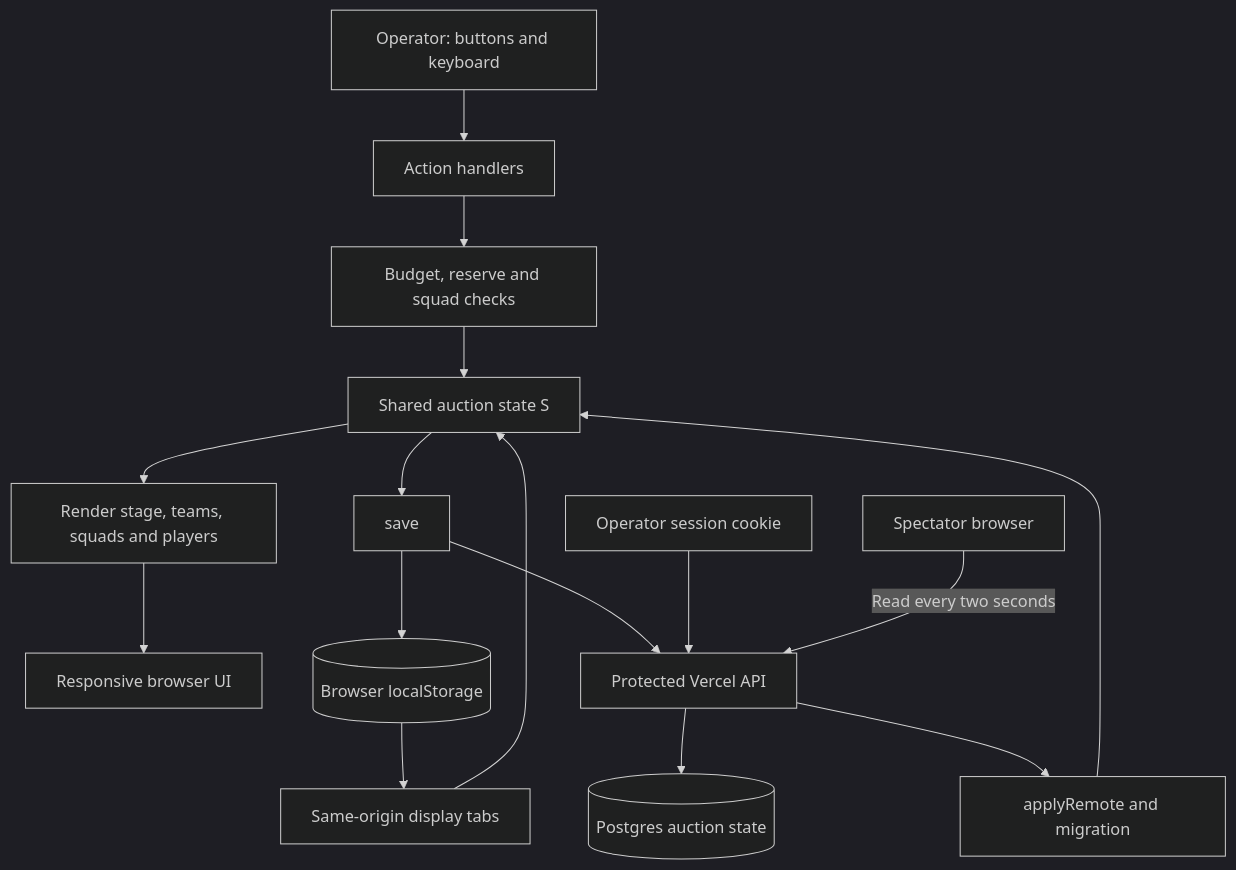
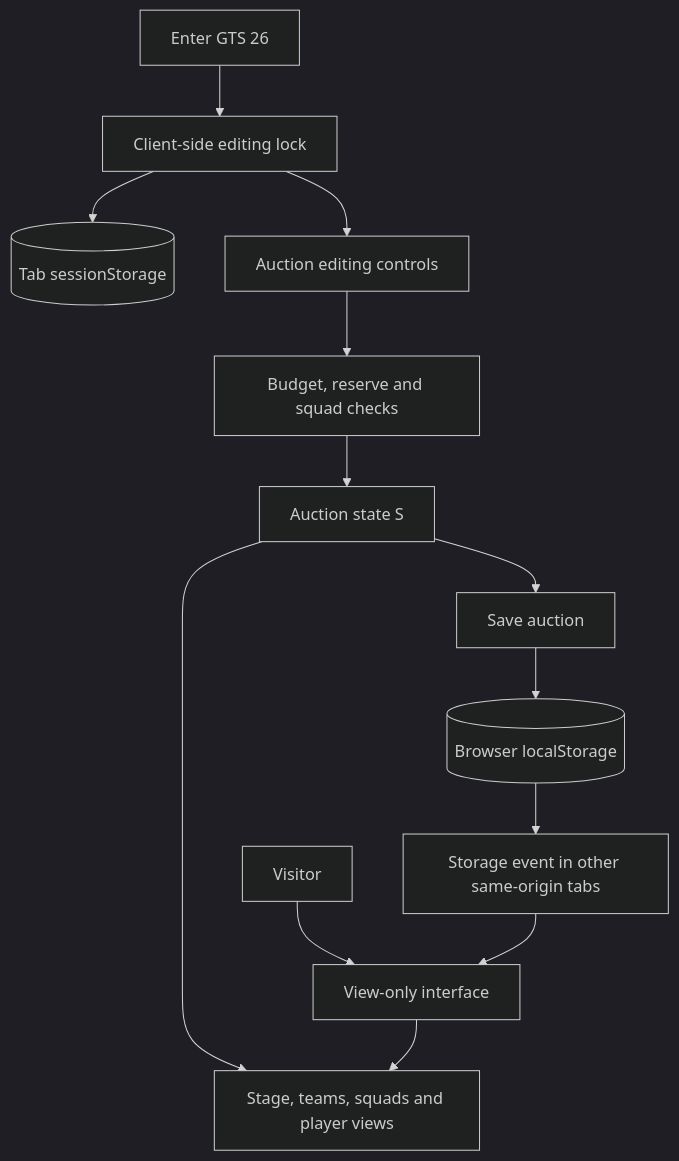
The first of 2 diagrams in README.md (pavangiri1599-dot/GTS-Cricket-League-Season-2), drawn with Mermaid (dark theme) before and after one commit. The commit also changed other lines of this file and 23 other files, not shown here.

Commit message:
Replace database login with simple GTS 26 editing lock

````diff
--- a/README.md
+++ b/README.md
@@ -130,18 +122,15 @@
 ```mermaid
 flowchart TD
-    Operator[Operator: buttons and keyboard] --> Actions[Action handlers]
+    Visitor[Visitor] --> Viewing[View-only interface]
+    Password[Enter GTS 26] --> Unlock[Client-side editing lock]
+    Unlock --> Session[(Tab sessionStorage)]
+    Unlock --> Actions[Auction editing controls]
     Actions --> Rules[Budget, reserve and squad checks]
-    Rules --> State[Shared auction state S]
-    State --> Render[Render stage, teams, squads and players]
-    Render --> Browser[Responsive browser UI]
-    State --> Save[save]
+    Rules --> State[Auction state S]
+    State --> Render[Stage, teams, squads and player views]
+    State --> Save[Save auction]
     Save --> Local[(Browser localStorage)]
-    Local --> OtherTabs[Same-origin display tabs]
-    OtherTabs --> State
-    Save --> API[Protected Vercel API]
-    Session[Operator session cookie] --> API
-    API --> Remote[(Postgres auction state)]
-    Viewer[Spectator browser] -->|Read every two seconds| API
-    API --> Apply[applyRemote and migration]
-    Apply --> State
+    Local --> Event[Storage event in other same-origin tabs]
+    Event --> Viewing
+    Viewing --> Render
 ```
````
